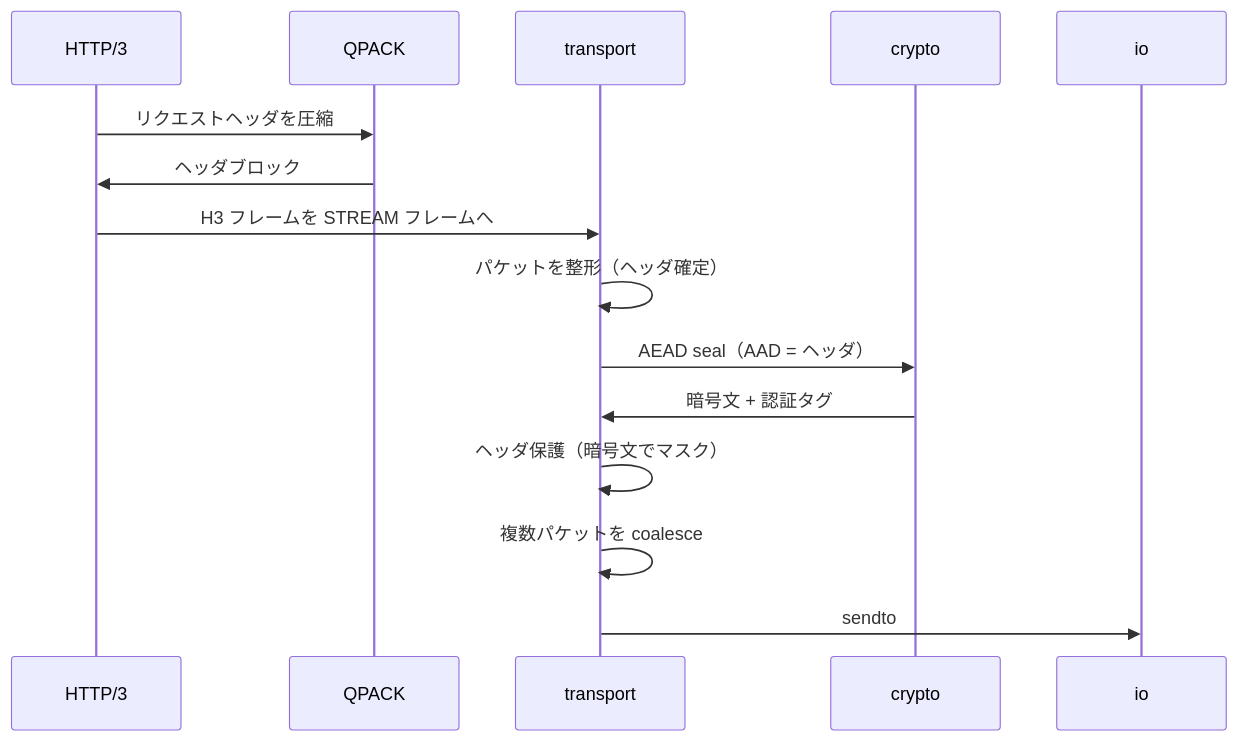
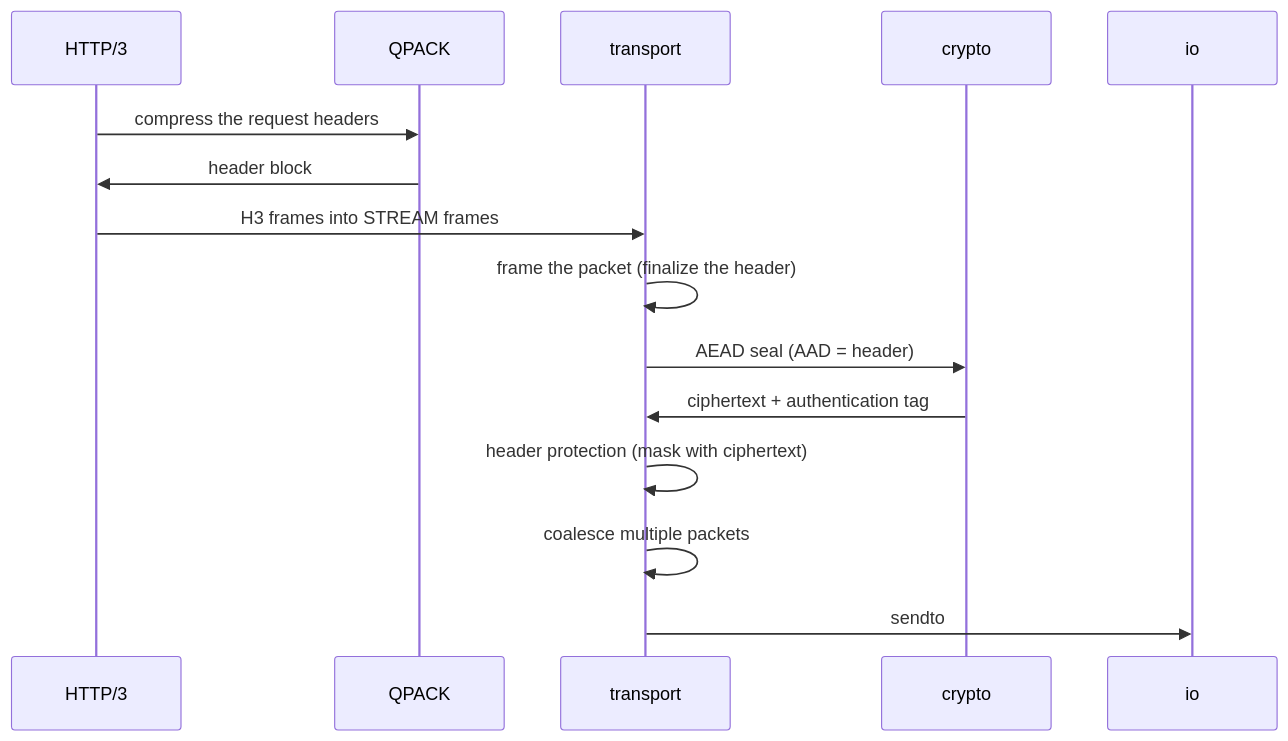
Before and after one commit to Hakkadaikon/quic_vibe: the third of 5 diagrams in docs/arch/overview.md, drawn with Mermaid. The commit also changed other lines of this file and 3 other files, not shown here.

Commit message:
docs: translate the README and architecture docs to English

````diff
--- a/docs/arch/overview.md
+++ b/docs/arch/overview.md
@@ -98,17 +98,17 @@
 ```mermaid
 sequenceDiagram
     participant App as HTTP/3
     participant QP as QPACK
     participant TR as transport
     participant CR as crypto
     participant IO as io
-    App->>QP: リクエストヘッダを圧縮
-    QP->>App: ヘッダブロック
-    App->>TR: H3 フレームを STREAM フレームへ
-    TR->>TR: パケットを整形（ヘッダ確定）
-    TR->>CR: AEAD seal（AAD = ヘッダ）
-    CR->>TR: 暗号文 + 認証タグ
-    TR->>TR: ヘッダ保護（暗号文でマスク）
-    TR->>TR: 複数パケットを coalesce
+    App->>QP: compress the request headers
+    QP->>App: header block
+    App->>TR: H3 frames into STREAM frames
+    TR->>TR: frame the packet (finalize the header)
+    TR->>CR: AEAD seal (AAD = header)
+    CR->>TR: ciphertext + authentication tag
+    TR->>TR: header protection (mask with ciphertext)
+    TR->>TR: coalesce multiple packets
     TR->>IO: sendto
 ```
````
